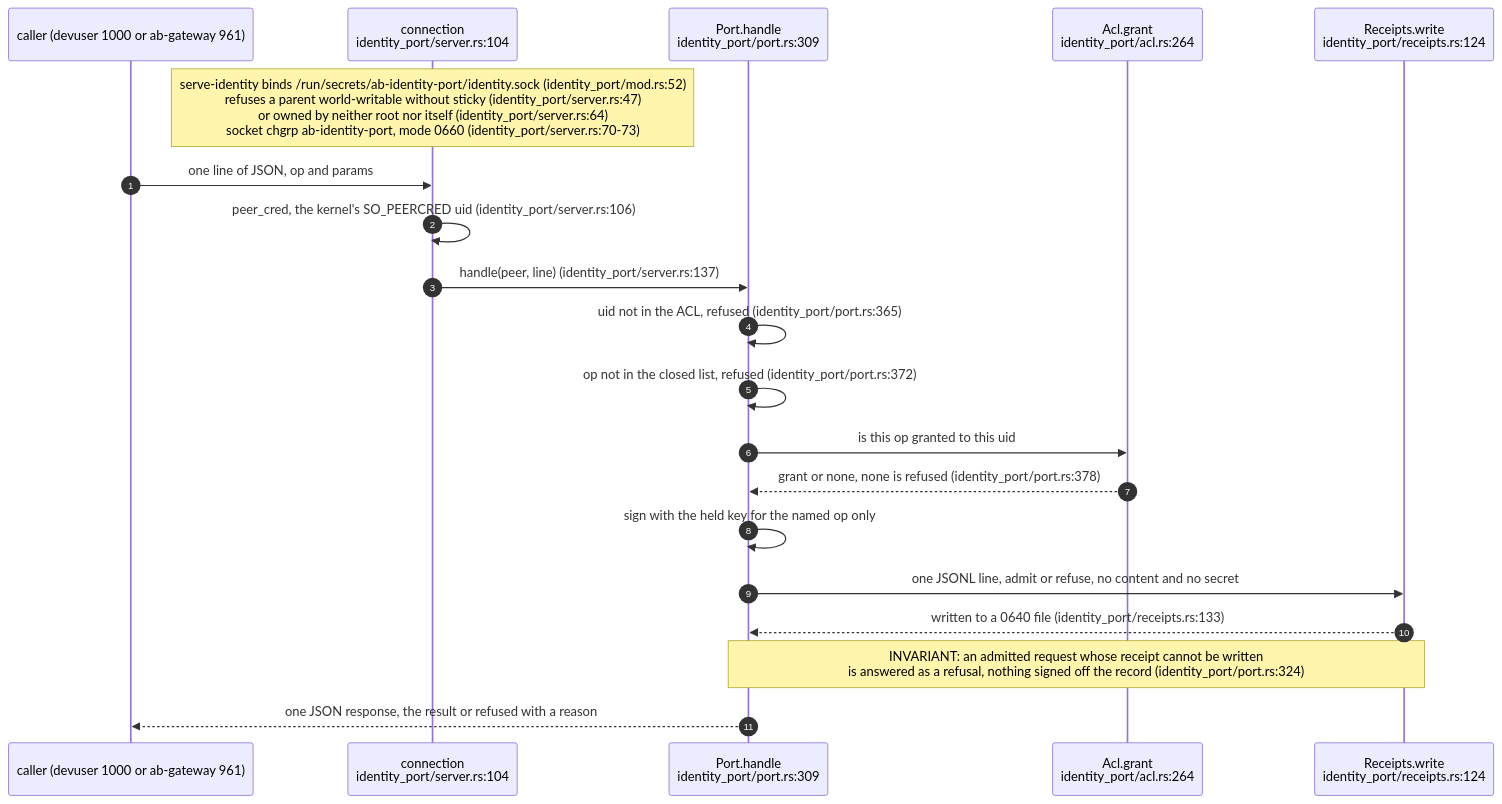
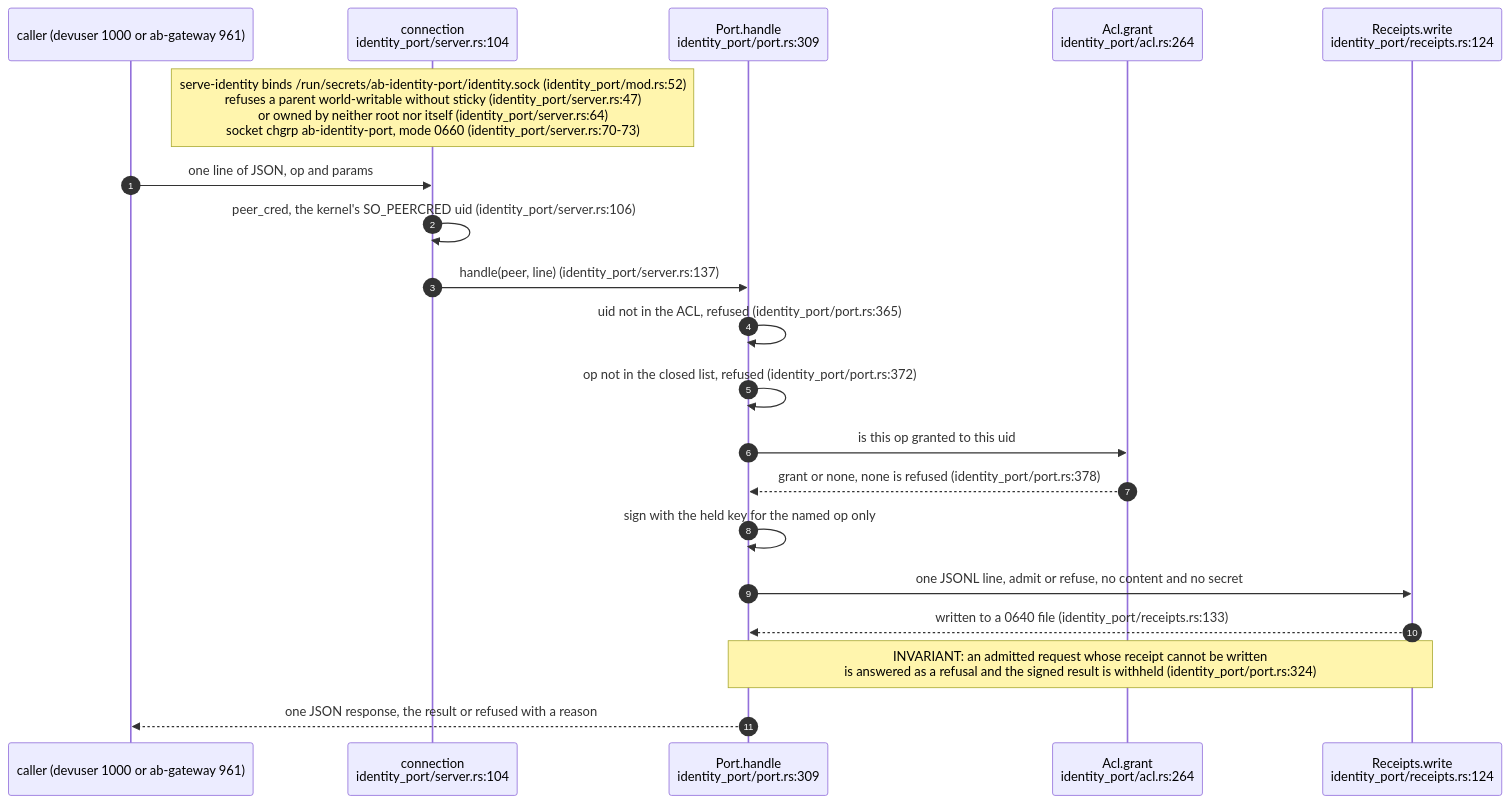
The fourth of 7 diagrams in docs/diagrams/agentbox/36-role-isolation-and-identity-port.md (DreamLab-AI/VisionFlow), drawn with Mermaid before and after one commit. The commit also changed other lines of this file and 25 other files, not shown here.

````diff
--- a/docs/diagrams/agentbox/36-role-isolation-and-identity-port.md
+++ b/docs/diagrams/agentbox/36-role-isolation-and-identity-port.md
@@ -152,22 +152,22 @@
 ```mermaid
 sequenceDiagram
     autonumber
     participant C as caller (devuser 1000 or ab-gateway 961)
     participant S as connection<br/>identity_port/server.rs:104
     participant P as Port.handle<br/>identity_port/port.rs:309
     participant A as Acl.grant<br/>identity_port/acl.rs:264
     participant R as Receipts.write<br/>identity_port/receipts.rs:124
     Note over S: serve-identity binds /run/secrets/ab-identity-port/identity.sock (identity_port/mod.rs:52)<br/>refuses a parent world-writable without sticky (identity_port/server.rs:47)<br/>or owned by neither root nor itself (identity_port/server.rs:64)<br/>socket chgrp ab-identity-port, mode 0660 (identity_port/server.rs:70-73)
     C->>S: one line of JSON, op and params
     S->>S: peer_cred, the kernel's SO_PEERCRED uid (identity_port/server.rs:106)
     S->>P: handle(peer, line) (identity_port/server.rs:137)
     P->>P: uid not in the ACL, refused (identity_port/port.rs:365)
     P->>P: op not in the closed list, refused (identity_port/port.rs:372)
     P->>A: is this op granted to this uid
     A-->>P: grant or none, none is refused (identity_port/port.rs:378)
     P->>P: sign with the held key for the named op only
     P->>R: one JSONL line, admit or refuse, no content and no secret
     R-->>P: written to a 0640 file (identity_port/receipts.rs:133)
-    Note over P,R: INVARIANT: an admitted request whose receipt cannot be written<br/>is answered as a refusal, nothing signed off the record (identity_port/port.rs:324)
+    Note over P,R: INVARIANT: an admitted request whose receipt cannot be written<br/>is answered as a refusal and the signed result is withheld (identity_port/port.rs:324)
     P-->>C: one JSON response, the result or refused with a reason
 ```
````
